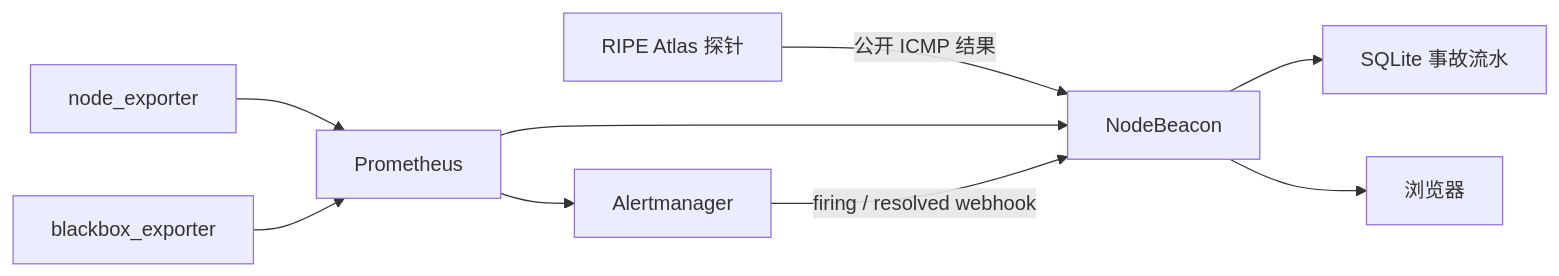
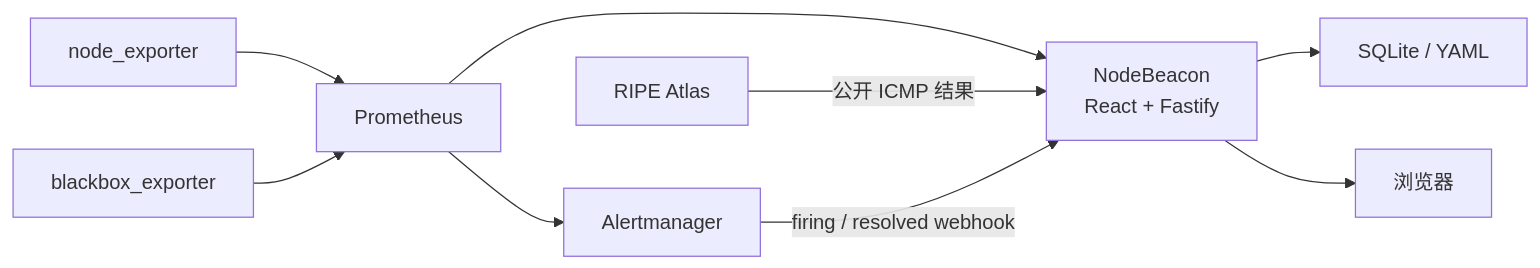
One commit to xljya/NodeBeacon changed the diagram in README.md. Above: the diagram before and after it, drawn with Mermaid. The commit also changed other lines of this file and 3 other files, not shown here.

````diff
--- a/README.md
+++ b/README.md
@@ -165,20 +54,20 @@
 ```mermaid
 flowchart LR
     ne["node_exporter"]
     bb["blackbox_exporter"]
+    atlas["RIPE Atlas"]
     prom["Prometheus"]
     am["Alertmanager"]
-    nb["NodeBeacon"]
-    ui["浏览器"]
-    incidents["SQLite 事故流水"]
-    atlas["RIPE Atlas 探针"]
+    nb["NodeBeacon<br/>React + Fastify"]
+    sqlite["SQLite / YAML"]
+    browser["浏览器"]
 
     ne --> prom
     bb --> prom
-    atlas -->|"公开 ICMP 结果"| nb
     prom --> nb
     prom --> am
+    atlas -->|"公开 ICMP 结果"| nb
     am -->|"firing / resolved webhook"| nb
-    nb --> incidents
-    nb --> ui
+    nb --> sqlite
+    nb --> browser
 ```
````
